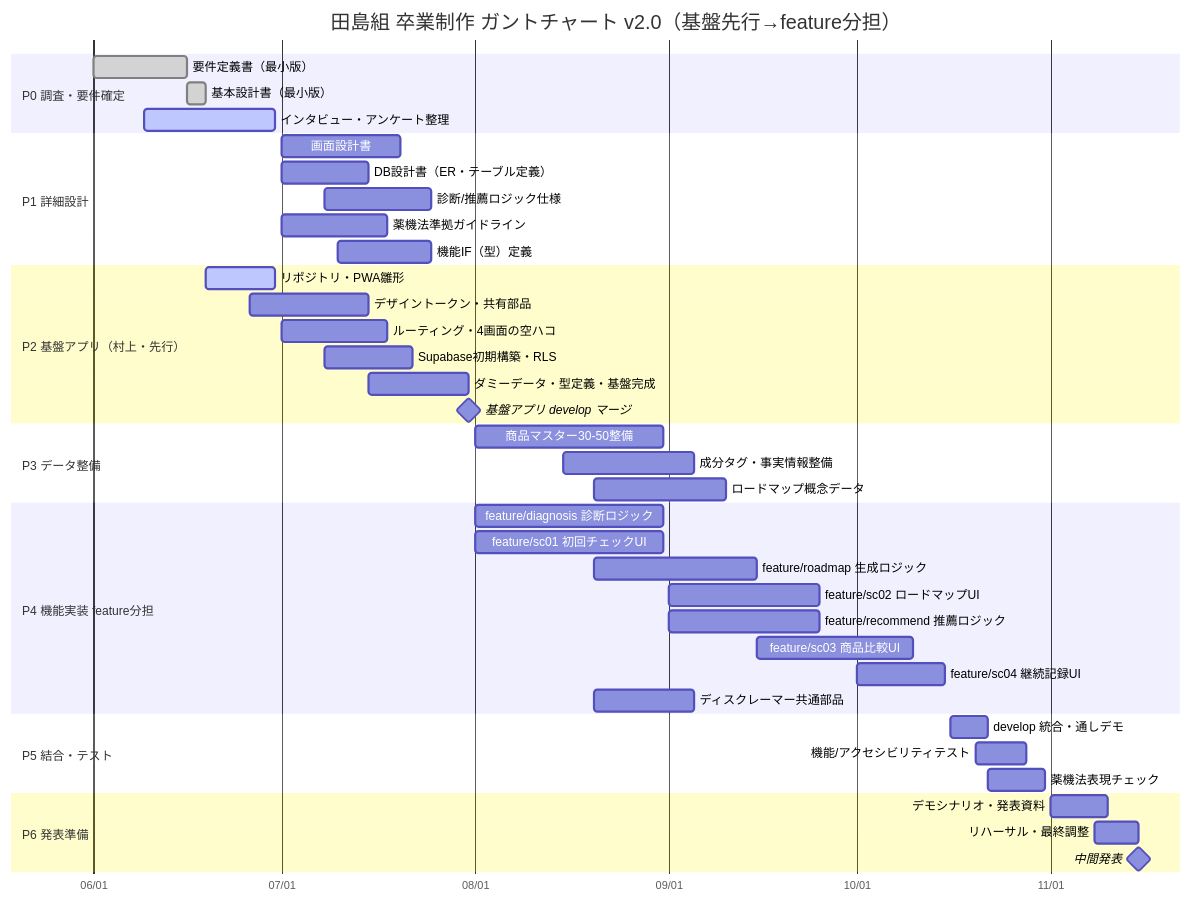
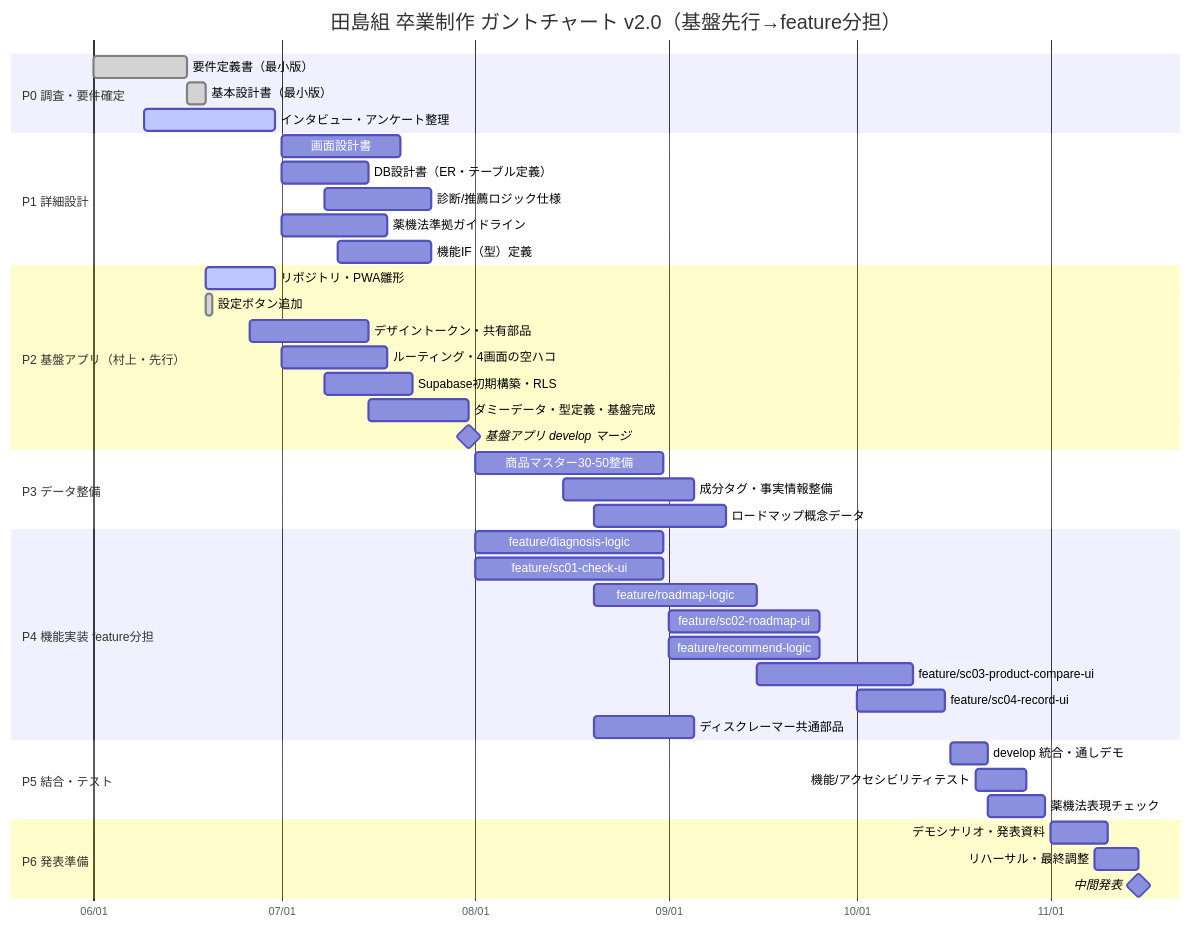
The diagram in docs/schedule/ガントチャート_v2.0.md (itiwoja/tazimagumi_dev_team), drawn with Mermaid before and after one commit. The commit also changed other lines of this file and 1 other file, not shown here.

````diff
--- a/docs/schedule/ガントチャート_v2.0.md
+++ b/docs/schedule/ガントチャート_v2.0.md
@@ -68,51 +72,52 @@
 ```mermaid
 gantt
     title 田島組 卒業制作 ガントチャート v2.0（基盤先行→feature分担）
     dateFormat  YYYY-MM-DD
     axisFormat  %m/%d
 
     section P0 調査・要件確定
     要件定義書（最小版）           :done,    p0a, 2026-06-01, 2026-06-16
     基本設計書（最小版）           :done,    p0c, 2026-06-16, 2026-06-19
     インタビュー・アンケート整理     :active,  p0b, 2026-06-09, 2026-06-30
 
     section P1 詳細設計
     画面設計書                     :         p1b, 2026-07-01, 2026-07-20
     DB設計書（ER・テーブル定義）     :        p1c, 2026-07-01, 2026-07-15
     診断/推薦ロジック仕様           :         p1d, 2026-07-08, 2026-07-25
     薬機法準拠ガイドライン         :         p1f, 2026-07-01, 2026-07-18
     機能IF（型）定義               :         p1g, 2026-07-10, 2026-07-25
 
     section P2 基盤アプリ（村上・先行）
     リポジトリ・PWA雛形            :active,  p2a, 2026-06-19, 2026-06-30
+    設定ボタン追加                 :done,    p2s, 2026-06-19, 1d
     デザイントークン・共有部品      :        p2c, 2026-06-26, 2026-07-15
     ルーティング・4画面の空ハコ      :       p2d, 2026-07-01, 2026-07-18
     Supabase初期構築・RLS          :        p2b, 2026-07-08, 2026-07-22
     ダミーデータ・型定義・基盤完成    :       p2e, 2026-07-15, 2026-07-31
     基盤アプリ develop マージ        :milestone, mbase, 2026-07-31, 0d
 
     section P3 データ整備
     商品マスター30-50整備          :         p3a, 2026-08-01, 2026-08-31
     成分タグ・事実情報整備          :        p3b, 2026-08-15, 2026-09-05
     ロードマップ概念データ          :        p3c, 2026-08-20, 2026-09-10
 
     section P4 機能実装 feature分担
-    feature/diagnosis 診断ロジック  :        p4b, 2026-08-01, 2026-08-31
-    feature/sc01 初回チェックUI     :        p4a, 2026-08-01, 2026-08-31
-    feature/roadmap 生成ロジック    :        p4g, 2026-08-20, 2026-09-15
-    feature/sc02 ロードマップUI     :        p4c, 2026-09-01, 2026-09-25
-    feature/recommend 推薦ロジック  :        p4h, 2026-09-01, 2026-09-25
-    feature/sc03 商品比較UI         :        p4d, 2026-09-15, 2026-10-10
-    feature/sc04 継続記録UI         :        p4e, 2026-10-01, 2026-10-15
+    feature/diagnosis-logic         :        p4b, 2026-08-01, 2026-08-31
+    feature/sc01-check-ui           :        p4a, 2026-08-01, 2026-08-31
+    feature/roadmap-logic           :        p4g, 2026-08-20, 2026-09-15
+    feature/sc02-roadmap-ui         :        p4c, 2026-09-01, 2026-09-25
+    feature/recommend-logic         :        p4h, 2026-09-01, 2026-09-25
+    feature/sc03-product-compare-ui :        p4d, 2026-09-15, 2026-10-10
+    feature/sc04-record-ui          :        p4e, 2026-10-01, 2026-10-15
     ディスクレーマー共通部品        :        p4f, 2026-08-20, 2026-09-05
 
     section P5 結合・テスト
     develop 統合・通しデモ           :       p5a, 2026-10-16, 2026-10-22
     機能/アクセシビリティテスト      :       p5b, 2026-10-20, 2026-10-28
     薬機法表現チェック             :        p5c, 2026-10-22, 2026-10-31
 
     section P6 発表準備
     デモシナリオ・発表資料          :        p6a, 2026-11-01, 2026-11-10
     リハーサル・最終調整           :        p6b, 2026-11-08, 2026-11-15
     中間発表                       :milestone, m1, 2026-11-15, 0d
 ```
````
